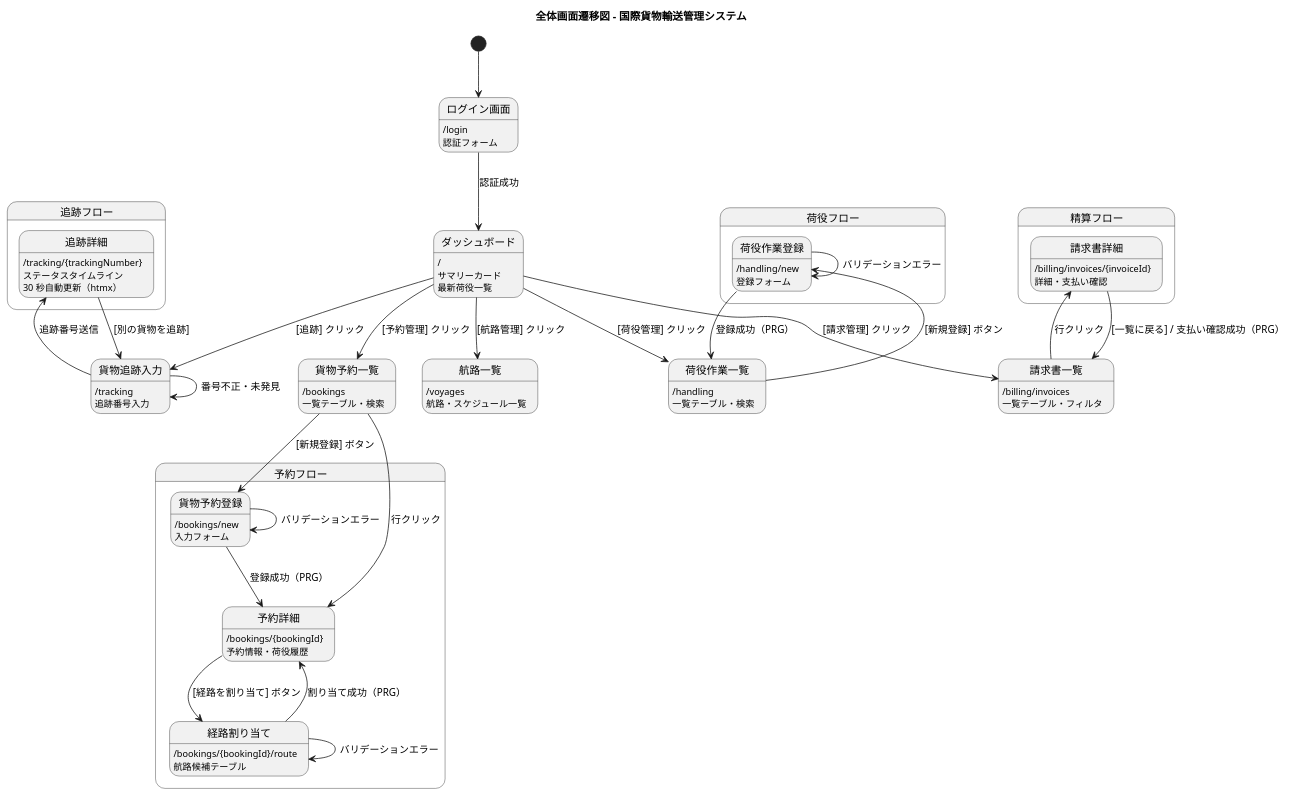
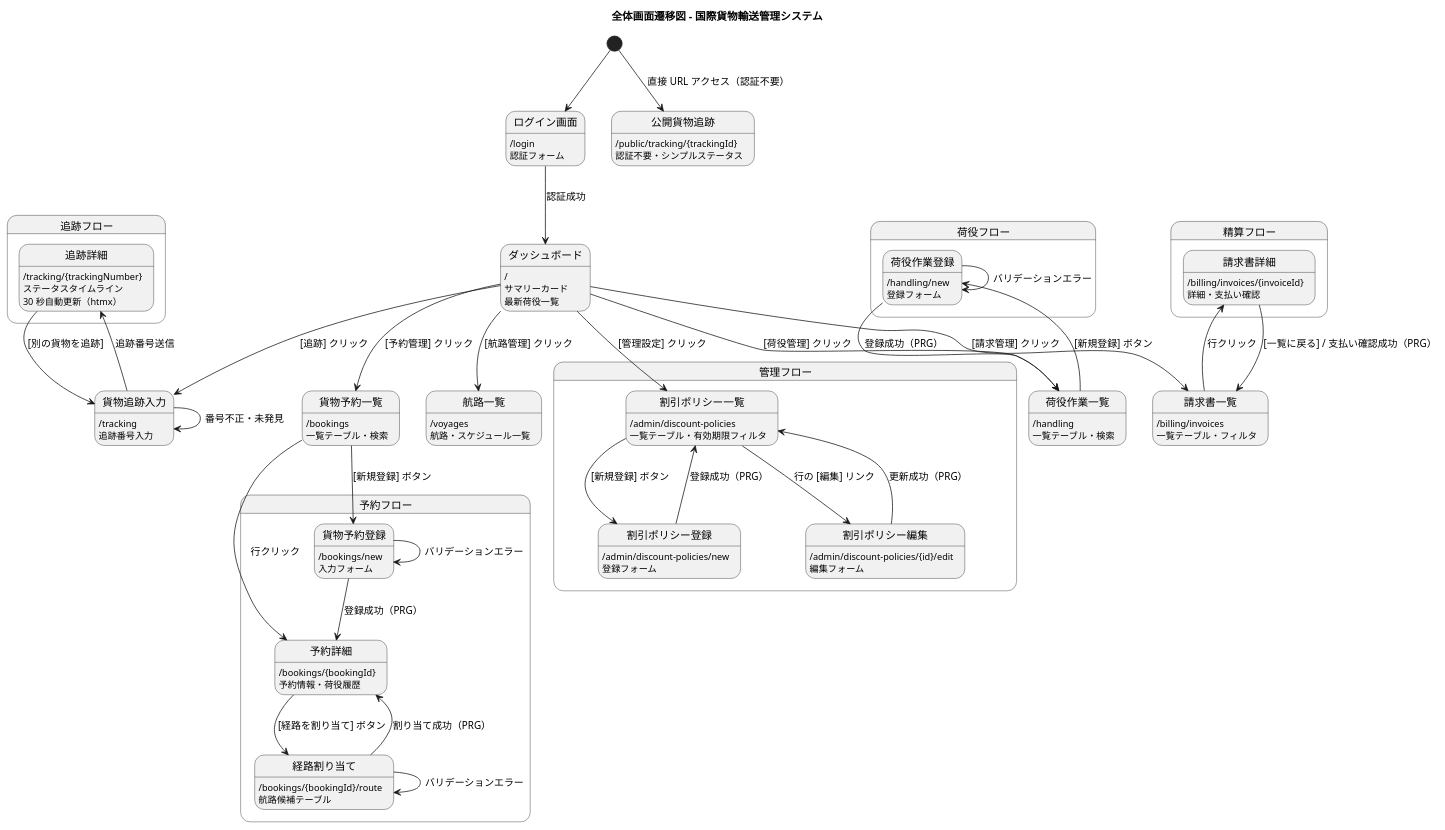
Before and after one commit to k2works/case-study-cargo-tracker: the second of 18 diagrams in docs/design/ui_design.md, drawn with PlantUML. The commit also changed other lines of this file and 6 other files, not shown here.

````diff
--- a/docs/design/ui_design.md
+++ b/docs/design/ui_design.md
@@ -229,5 +234,33 @@
   航路一覧 : 航路・スケジュール一覧
 }
 
+state "管理フロー" as admin_flow {
+  state 割引ポリシー一覧 {
+    割引ポリシー一覧 : /admin/discount-policies
+    割引ポリシー一覧 : 一覧テーブル・有効期限フィルタ
+  }
+  state 割引ポリシー登録 {
+    割引ポリシー登録 : /admin/discount-policies/new
+    割引ポリシー登録 : 登録フォーム
+  }
+  state 割引ポリシー編集 {
+    割引ポリシー編集 : /admin/discount-policies/{id}/edit
+    割引ポリシー編集 : 編集フォーム
+  }
+
+  割引ポリシー一覧 --> 割引ポリシー登録 : [新規登録] ボタン
+  割引ポリシー一覧 --> 割引ポリシー編集 : 行の [編集] リンク
+  割引ポリシー登録 --> 割引ポリシー一覧 : 登録成功（PRG）
+  割引ポリシー編集 --> 割引ポリシー一覧 : 更新成功（PRG）
+}
+
+state 公開貨物追跡 {
+  公開貨物追跡 : /public/tracking/{trackingId}
+  公開貨物追跡 : 認証不要・シンプルステータス
+}
+
+ダッシュボード --> 割引ポリシー一覧 : [管理設定] クリック
+[*] --> 公開貨物追跡 : 直接 URL アクセス（認証不要）
+
 @enduml
 ```
````
